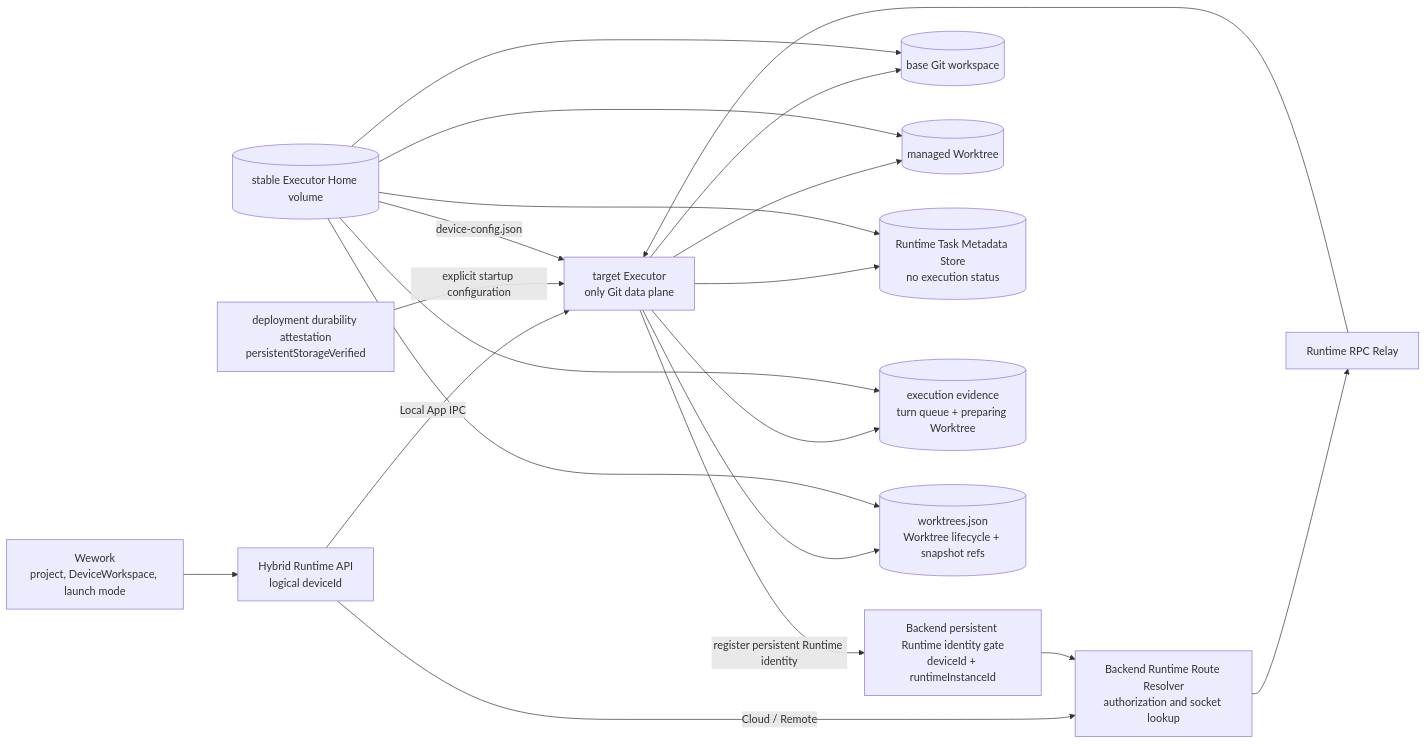
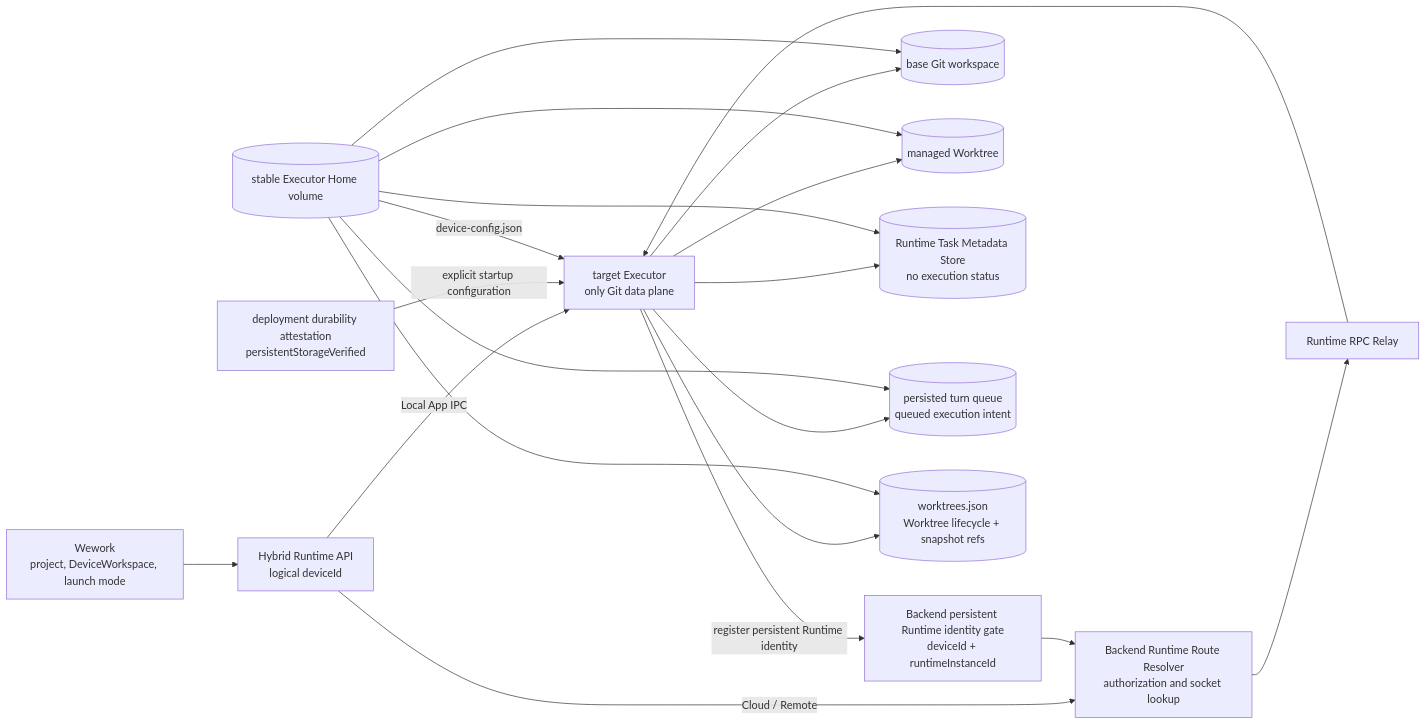
Before and after one commit to wecode-ai/Wegent: the first of 4 diagrams in docs/en/architecture/git-worktree-execution.md, drawn with Mermaid. The commit also changed 2 other files, not shown here.

Commit message:
fix(executor): preserve legacy archive metadata

````diff
--- a/docs/en/architecture/git-worktree-execution.md
+++ b/docs/en/architecture/git-worktree-execution.md
@@ -9,36 +9,36 @@
 ```mermaid
 flowchart LR
     UI[Wework<br/>project, DeviceWorkspace, launch mode]
     HYBRID[Hybrid Runtime API<br/>logical deviceId]
     IDENTITY[Backend persistent Runtime identity gate<br/>deviceId + runtimeInstanceId]
     ROUTE[Backend Runtime Route Resolver<br/>authorization and socket lookup]
     RPC[Runtime RPC Relay]
     EXECUTOR[target Executor<br/>only Git data plane]
     REPO[(base Git workspace)]
     WORKTREE[(managed Worktree)]
     STATE[(Runtime Task Metadata Store<br/>no execution status)]
-    EXECUTION[(execution evidence<br/>turn queue + preparing Worktree)]
+    EXECUTION[(persisted turn queue<br/>queued execution intent)]
     WORKTREE_STATE[(worktrees.json<br/>Worktree lifecycle + snapshot refs)]
     VOLUME[(stable Executor Home volume)]
     ATTEST[deployment durability attestation<br/>persistentStorageVerified]
 
     UI --> HYBRID
     HYBRID -->|Local App IPC| EXECUTOR
     HYBRID -->|Cloud / Remote| ROUTE
     EXECUTOR -->|register persistent Runtime identity| IDENTITY
     IDENTITY --> ROUTE
     ROUTE --> RPC
     RPC --> EXECUTOR
     EXECUTOR --> REPO
     EXECUTOR --> WORKTREE
     EXECUTOR --> STATE
     EXECUTOR --> EXECUTION
     EXECUTOR --> WORKTREE_STATE
     ATTEST -->|explicit startup configuration| EXECUTOR
     VOLUME --> REPO
     VOLUME --> WORKTREE
     VOLUME --> STATE
     VOLUME --> EXECUTION
     VOLUME --> WORKTREE_STATE
     VOLUME -->|device-config.json| EXECUTOR
 ```
````
